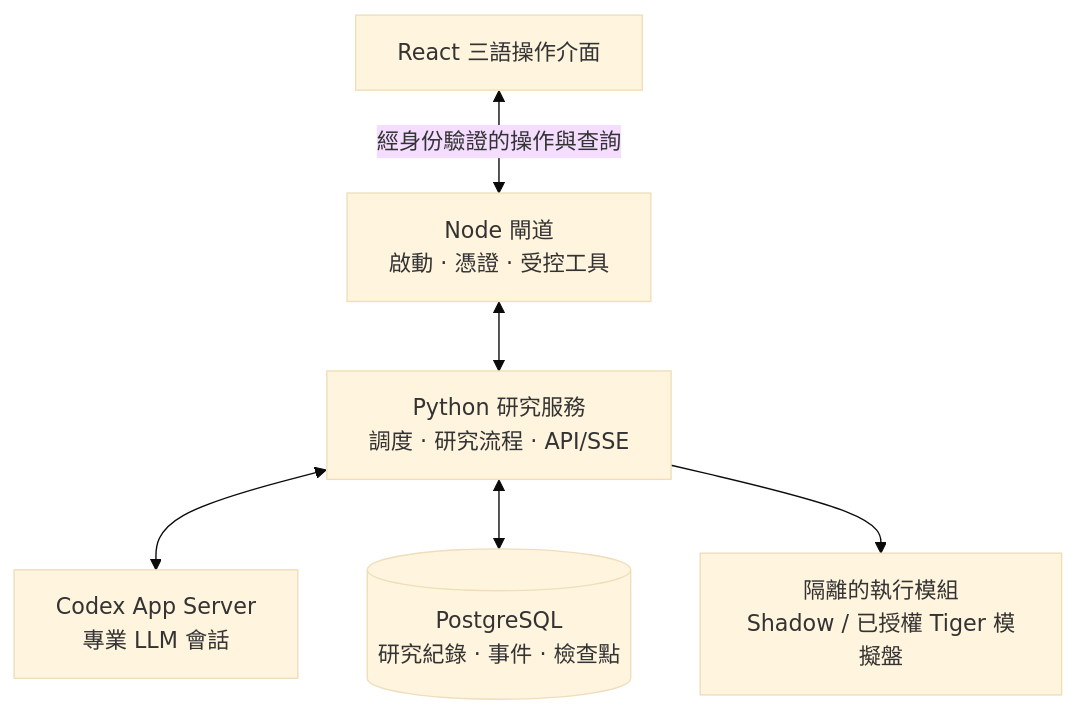
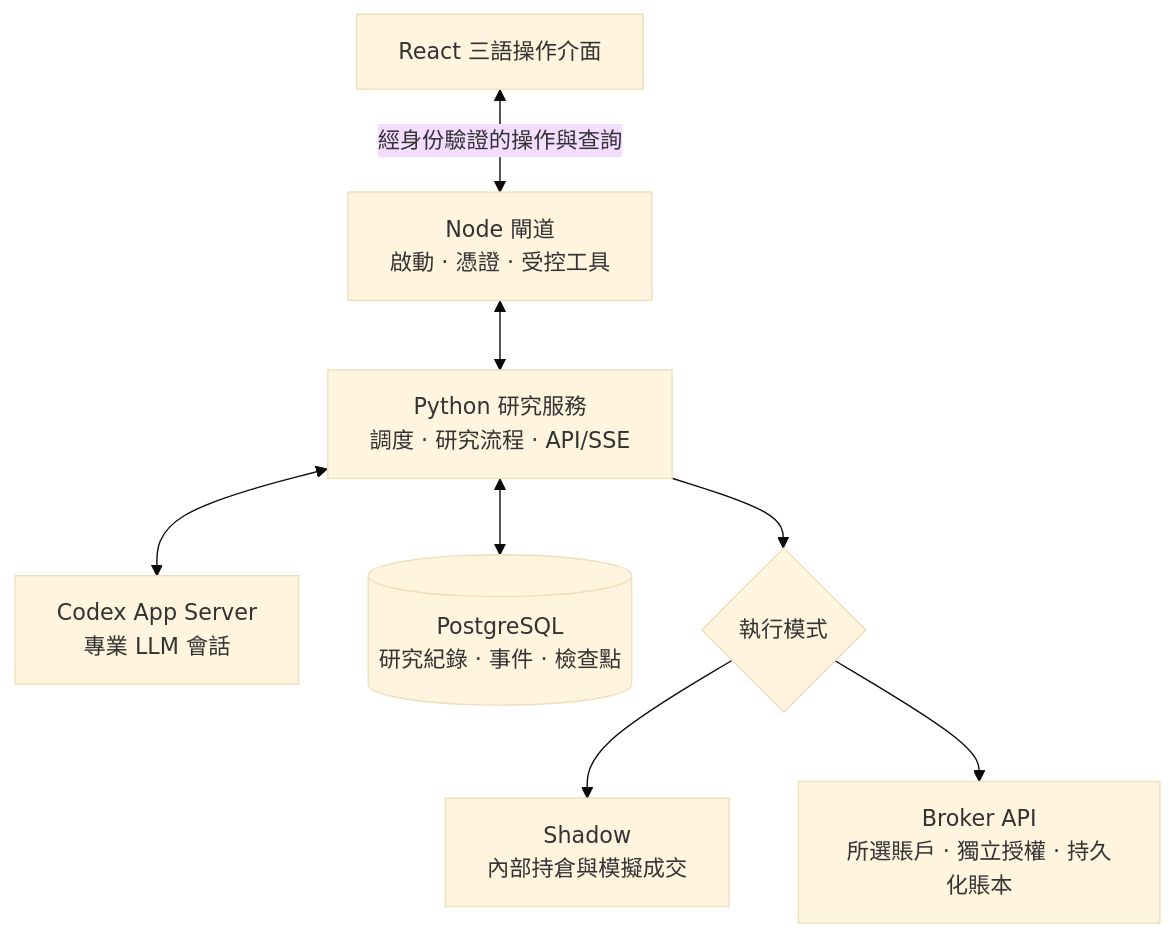
One commit to kyky2347/ALTA changed the second of 2 diagrams in README.zh-HK.md. Above: the diagram before and after it, drawn with Mermaid (base theme). The commit also changed other lines of this file and 61 other files, not shown here.

````diff
--- a/README.zh-HK.md
+++ b/README.zh-HK.md
@@ -127,8 +161,10 @@
 ```mermaid
 flowchart TB
     UI["React 三語操作介面"] <-->|"經身份驗證的操作與查詢"| N["Node 閘道<br/>啟動 · 憑證 · 受控工具"]
     N <--> P["Python 研究服務<br/>調度 · 研究流程 · API/SSE"]
     P <--> C["Codex App Server<br/>專業 LLM 會話"]
     P <--> DB[("PostgreSQL<br/>研究紀錄 · 事件 · 檢查點")]
-    P --> X["隔離的執行模組<br/>Shadow / 已授權 Tiger 模擬盤"]
+    P --> X{"執行模式"}
+    X --> S["Shadow<br/>內部持倉與模擬成交"]
+    X --> B["Broker API<br/>所選賬戶 · 獨立授權 · 持久化賬本"]
 ```
````
